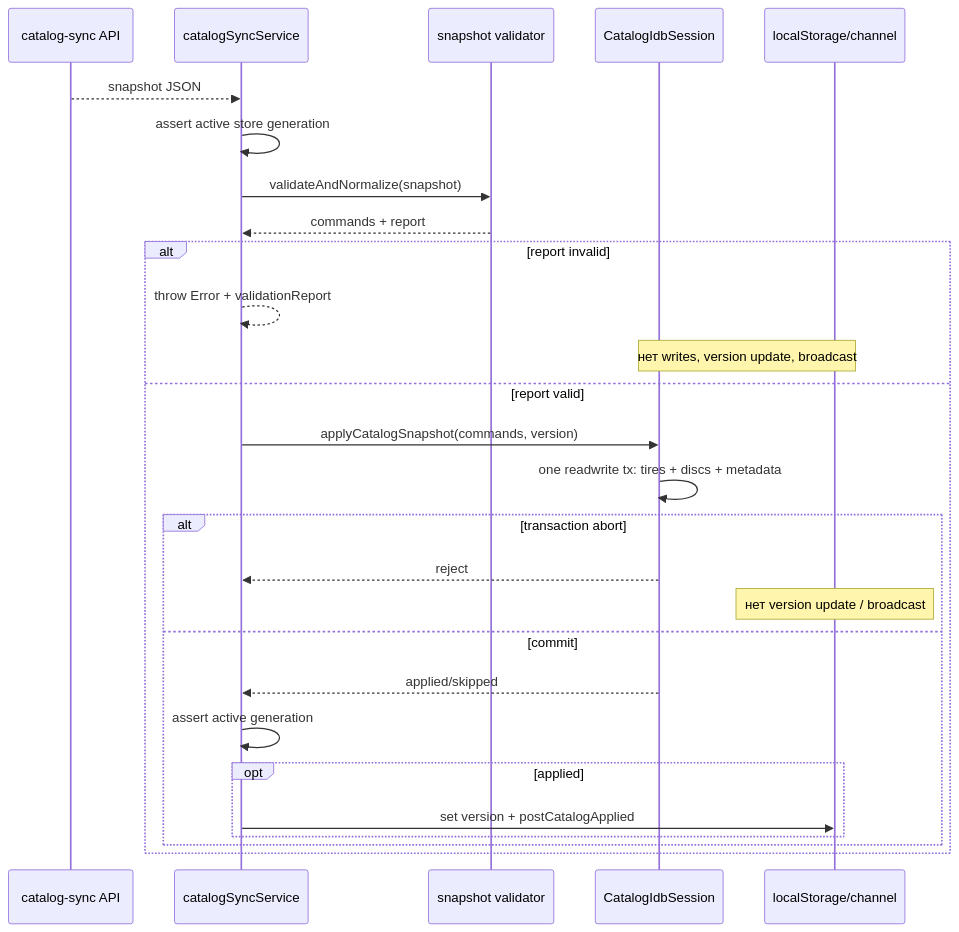
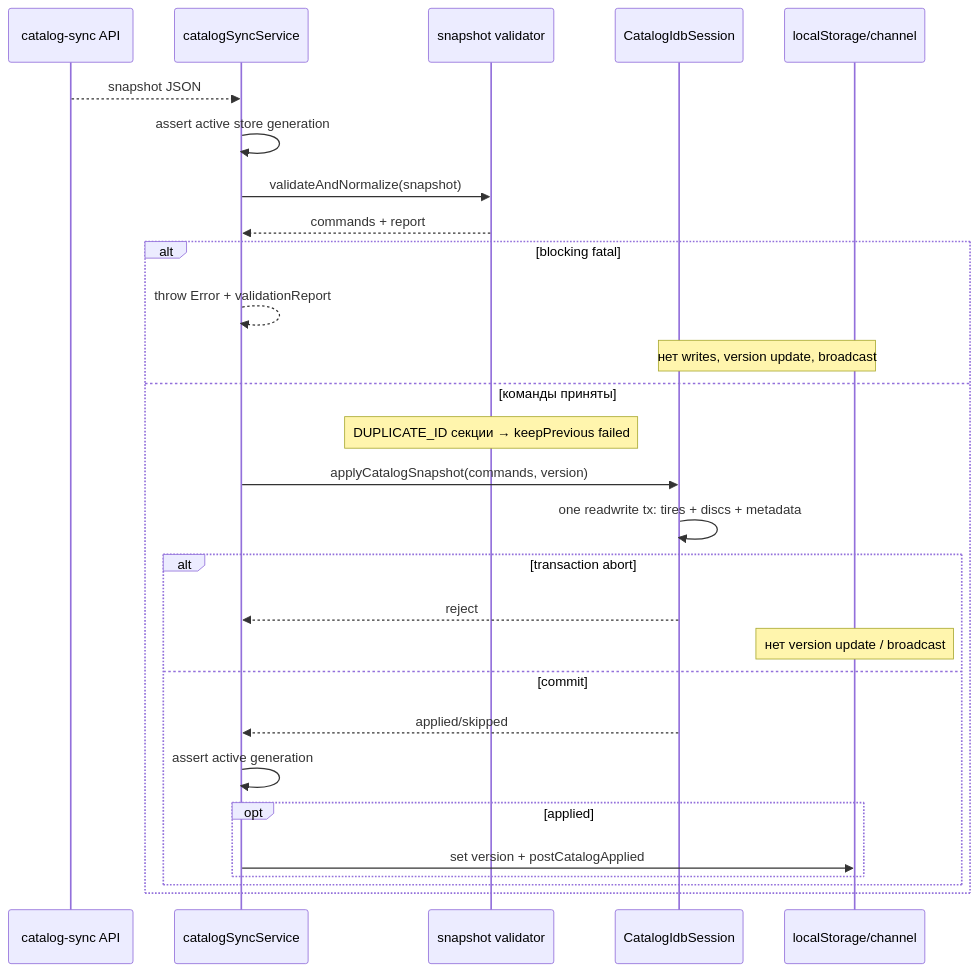
Before and after one commit to iscander-b10/tyres_discs: the second of 2 diagrams in docs/06-catalog-sync/snapshot-protocol-validation.md, drawn with Mermaid. The commit also changed other lines of this file and 12 other files, not shown here.

First line of the commit message:
Изолировать DUPLICATE_ID по секции supplier+category при sync каталога.

````diff
--- a/docs/06-catalog-sync/snapshot-protocol-validation.md
+++ b/docs/06-catalog-sync/snapshot-protocol-validation.md
@@ -231,29 +255,30 @@
 ```mermaid
 sequenceDiagram
     participant API as catalog-sync API
     participant Sync as catalogSyncService
     participant V as snapshot validator
     participant IDB as CatalogIdbSession
     participant LS as localStorage/channel
     API-->>Sync: snapshot JSON
     Sync->>Sync: assert active store generation
     Sync->>V: validateAndNormalize(snapshot)
     V-->>Sync: commands + report
-    alt report invalid
+    alt blocking fatal
         Sync-->>Sync: throw Error + validationReport
         Note over IDB,LS: нет writes, version update, broadcast
-    else report valid
+    else команды приняты
+        Note over V: DUPLICATE_ID секции → keepPrevious failed
         Sync->>IDB: applyCatalogSnapshot(commands, version)
         IDB->>IDB: one readwrite tx: tires + discs + metadata
         alt transaction abort
             IDB-->>Sync: reject
             Note over LS: нет version update / broadcast
         else commit
             IDB-->>Sync: applied/skipped
             Sync->>Sync: assert active generation
             opt applied
                 Sync->>LS: set version + postCatalogApplied
             end
         end
     end
 ```
````
